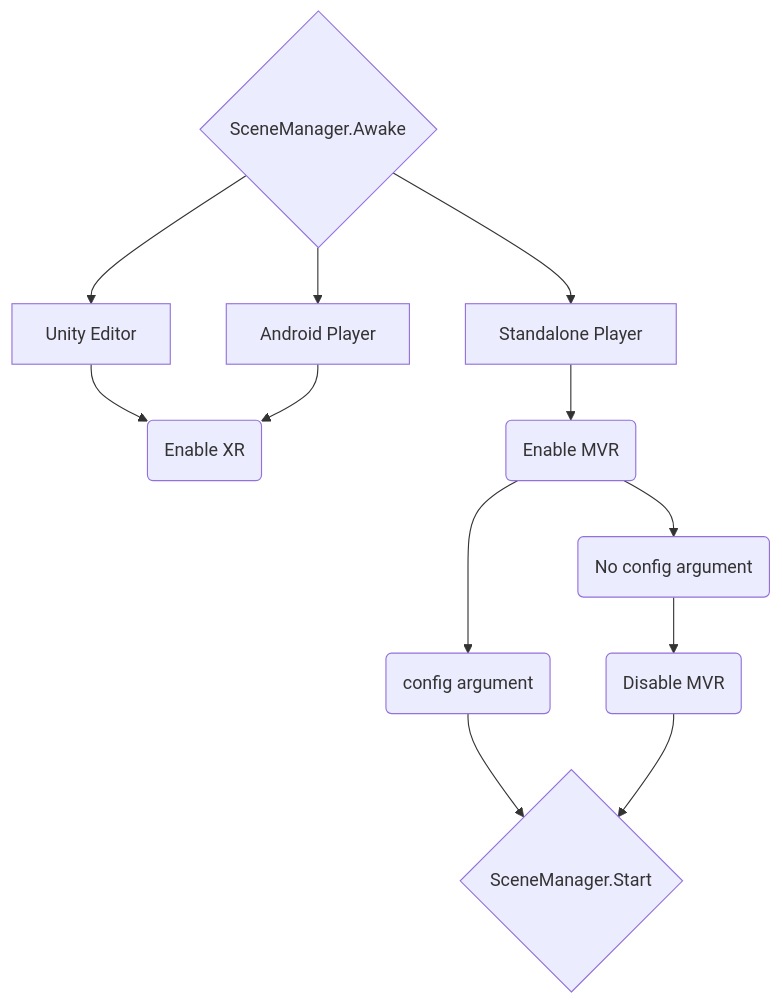
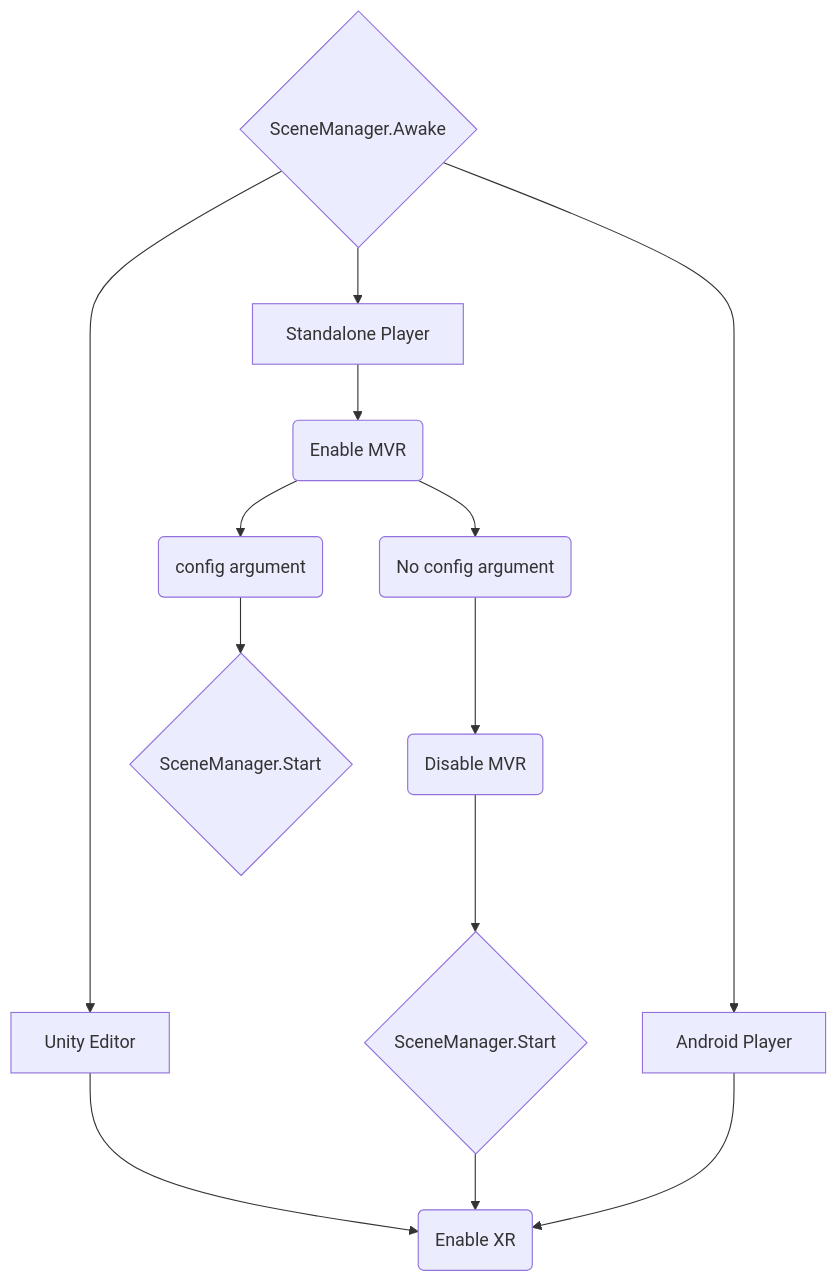
Before and after one commit to brown-ccv/w3d-translator: the diagram in docs/Writing3D.md, drawn with Mermaid.

````diff
--- a/docs/Writing3D.md
+++ b/docs/Writing3D.md
@@ -37,15 +37,16 @@
 ```mermaid
 graph TD;
     awake{SceneManager.Awake}-->unityEditor[Unity Editor]
     awake{SceneManager.Awake}-->standalonePlayer[Standalone Player]
     awake{SceneManager.Awake}-->androidPlayer[Android Player]
     unityEditor[Unity Editor]-->xr(Enable XR)
     androidPlayer[Android Player]-->xr(Enable XR)
 
     standalonePlayer[Standalone Player]-->mvr(Enable MVR)
     mvr(Enable MVR)-->config(config argument)
     mvr(Enable MVR)-->noconfig(No config argument)
     noconfig(No config argument)-->nomvr(Disable MVR)
-    config(config argument)-->start{SceneManager.Start}
-    nomvr(Disable MVR)-->start{SceneManager.Start}
+    config(config argument)-->start1{SceneManager.Start}
+    nomvr(Disable MVR)-->start2{SceneManager.Start}
+    start2{SceneManager.Start}-->xr(Enable XR)
 ```
````
